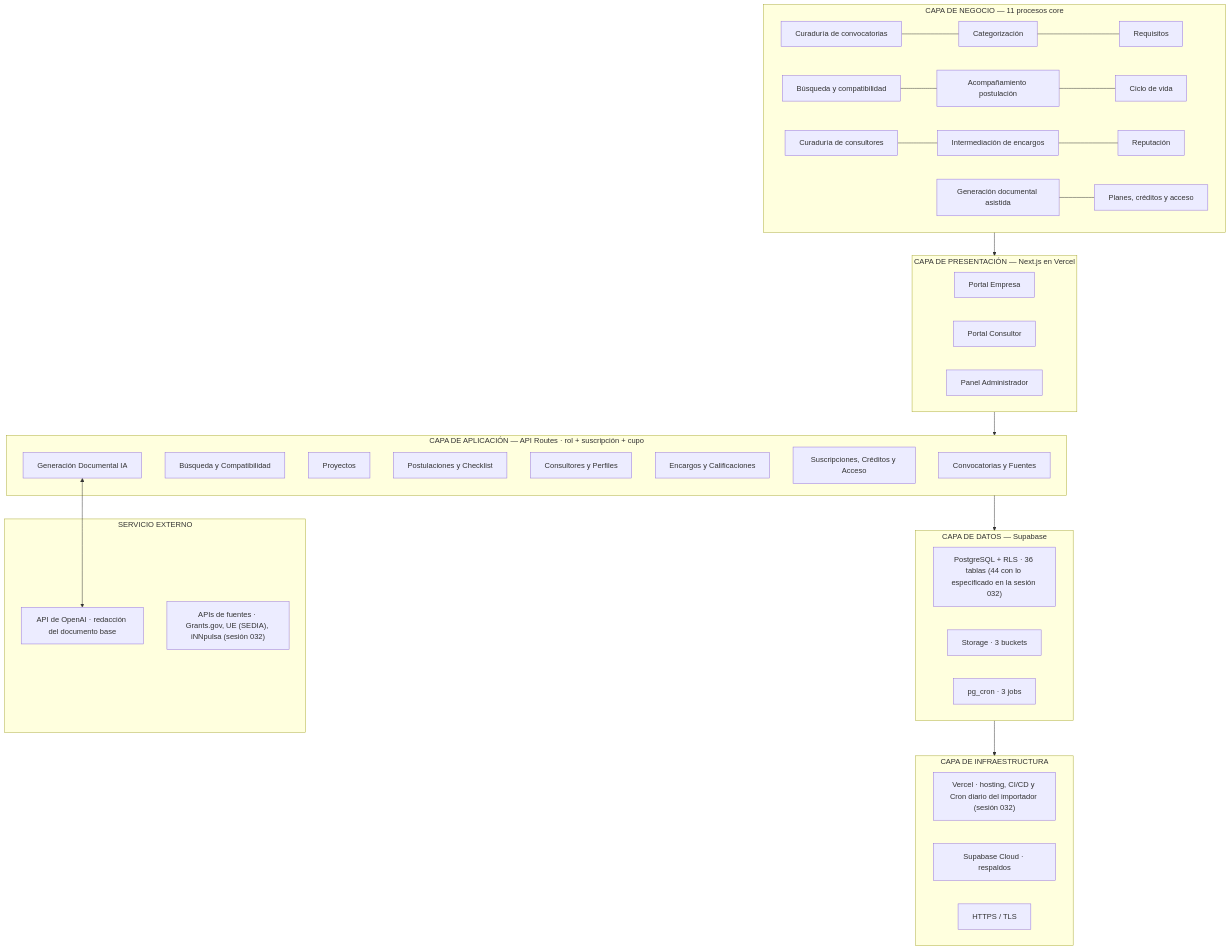
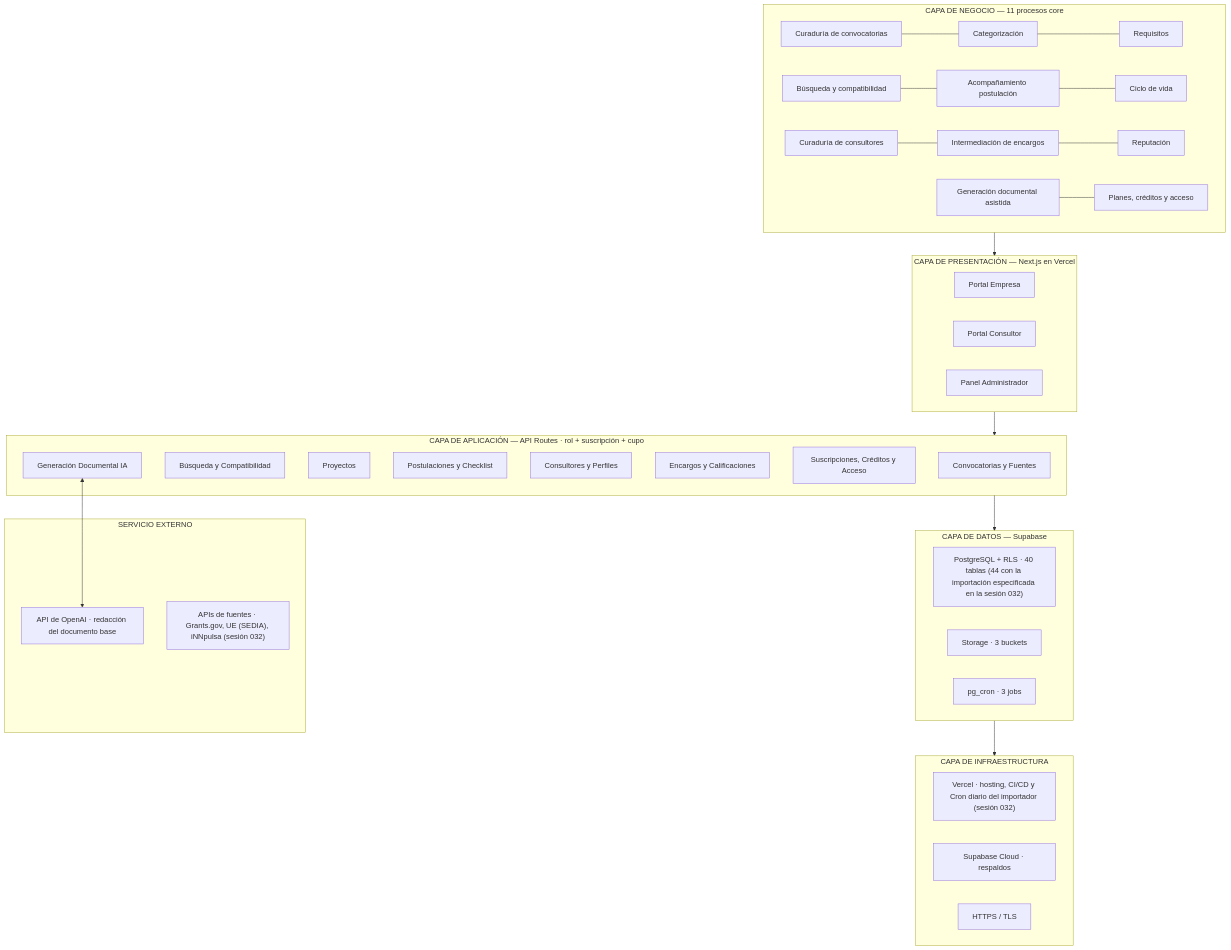
One commit to danielangeline/Convocatorias changed the diagram in docs/04-arquitectura.md. Above: the diagram before and after it, drawn with Mermaid. The commit also changed 69 other files, not shown here.

````diff
--- a/docs/04-arquitectura.md
+++ b/docs/04-arquitectura.md
@@ -12,40 +12,40 @@
 ```mermaid
 flowchart TB
     subgraph NEGOCIO["CAPA DE NEGOCIO — 11 procesos core"]
         P1["Curaduría de convocatorias"] --- P2["Categorización"] --- P3["Requisitos"]
         P4["Búsqueda y compatibilidad"] --- P5["Acompañamiento postulación"] --- P6["Ciclo de vida"]
         P7["Curaduría de consultores"] --- P8["Intermediación de encargos"] --- P9["Reputación"]
         P10["Generación documental asistida"] --- P11["Planes, créditos y acceso"]
     end
     subgraph PRESENTACION["CAPA DE PRESENTACIÓN — Next.js en Vercel"]
         PU["Portal Empresa"]
         PC["Portal Consultor"]
         PA["Panel Administrador"]
     end
     subgraph APLICACION["CAPA DE APLICACIÓN — API Routes · rol + suscripción + cupo"]
         S1["Convocatorias y Fuentes"]
         S2["Búsqueda y Compatibilidad"]
         S3["Proyectos"]
         S4["Postulaciones y Checklist"]
         S5["Consultores y Perfiles"]
         S6["Encargos y Calificaciones"]
         S7["Suscripciones, Créditos y Acceso"]
         S8["Generación Documental IA"]
     end
     subgraph IA["SERVICIO EXTERNO"]
         CL["API de OpenAI · redacción del documento base"]
         EXT["APIs de fuentes · Grants.gov, UE (SEDIA), iNNpulsa (sesión 032)"]
     end
     subgraph DATOS["CAPA DE DATOS — Supabase"]
-        DB["PostgreSQL + RLS · 36 tablas (44 con lo especificado en la sesión 032)"]
+        DB["PostgreSQL + RLS · 40 tablas (44 con la importación especificada en la sesión 032)"]
         ST["Storage · 3 buckets"]
         CR["pg_cron · 3 jobs"]
     end
     subgraph INFRA["CAPA DE INFRAESTRUCTURA"]
         V["Vercel · hosting, CI/CD y Cron diario del importador (sesión 032)"]
         SC["Supabase Cloud · respaldos"]
         TLS["HTTPS / TLS"]
     end
     NEGOCIO --> PRESENTACION --> APLICACION --> DATOS --> INFRA
     S8 <--> CL
 ```
````
